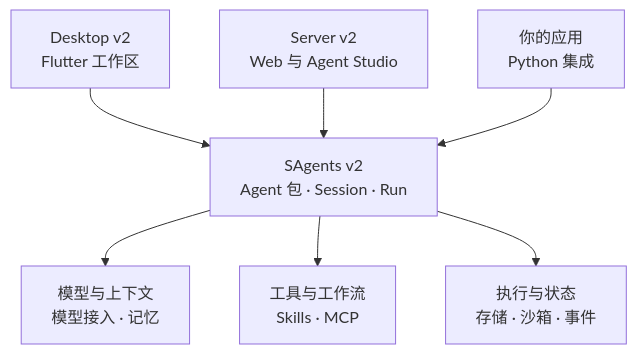
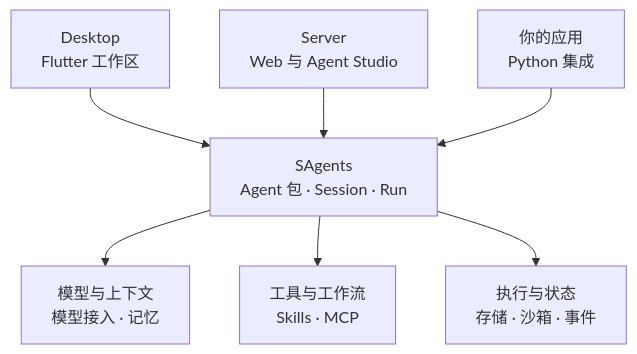
The diagram in README_CN.md (ZHangZHengEric/Sage), drawn with Mermaid before and after one commit. The commit also changed other lines of this file and 63 other files, not shown here.

````diff
--- a/README_CN.md
+++ b/README_CN.md
@@ -201,16 +203,16 @@
 ```mermaid
 flowchart TB
-    desktop["Desktop v2<br/>Flutter 工作区"]
-    server["Server v2<br/>Web 与 Agent Studio"]
+    desktop["Desktop<br/>Flutter 工作区"]
+    server["Server<br/>Web 与 Agent Studio"]
     custom["你的应用<br/>Python 集成"]
 
-    runtime["SAgents v2<br/>Agent 包 · Session · Run"]
+    runtime["SAgents<br/>Agent 包 · Session · Run"]
 
     desktop --> runtime
     server --> runtime
     custom --> runtime
 
     runtime --> intelligence["模型与上下文<br/>模型接入 · 记忆"]
     runtime --> capabilities["工具与工作流<br/>Skills · MCP"]
     runtime --> execution["执行与状态<br/>存储 · 沙箱 · 事件"]
 ```
````
